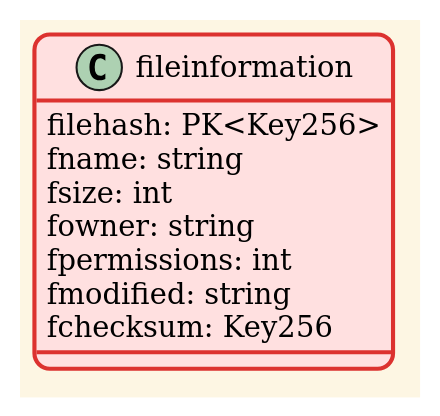
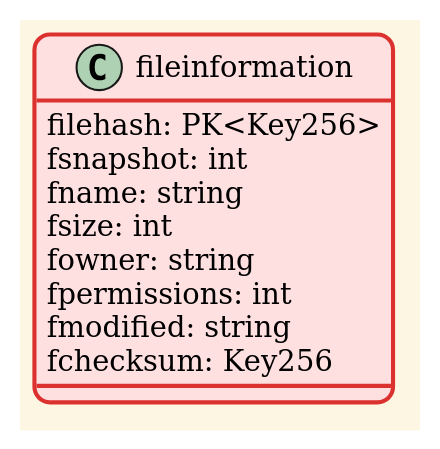
One commit to eLyKseeR/modelling changed the diagram in relations.uml/filesupport.puml. Above: the diagram before and after it, drawn with PlantUML. The commit also changed 20 other files, not shown here.

```diff
--- a/relations.uml/filesupport.puml
+++ b/relations.uml/filesupport.puml
@@ -1,19 +1,20 @@
-@startuml
+@startuml file information
 
 !theme sunlust
 
 class fileinformation {
     filehash: PK<Key256>
+    fsnapshot: int
     fname: string
     fsize: int
     fowner: string
     fpermissions: int
     fmodified: string
     fchecksum: Key256
 }
 
 ' note right of RelFileinformation::filehash
 '     primary key
 ' end note
 
 @enduml
```
